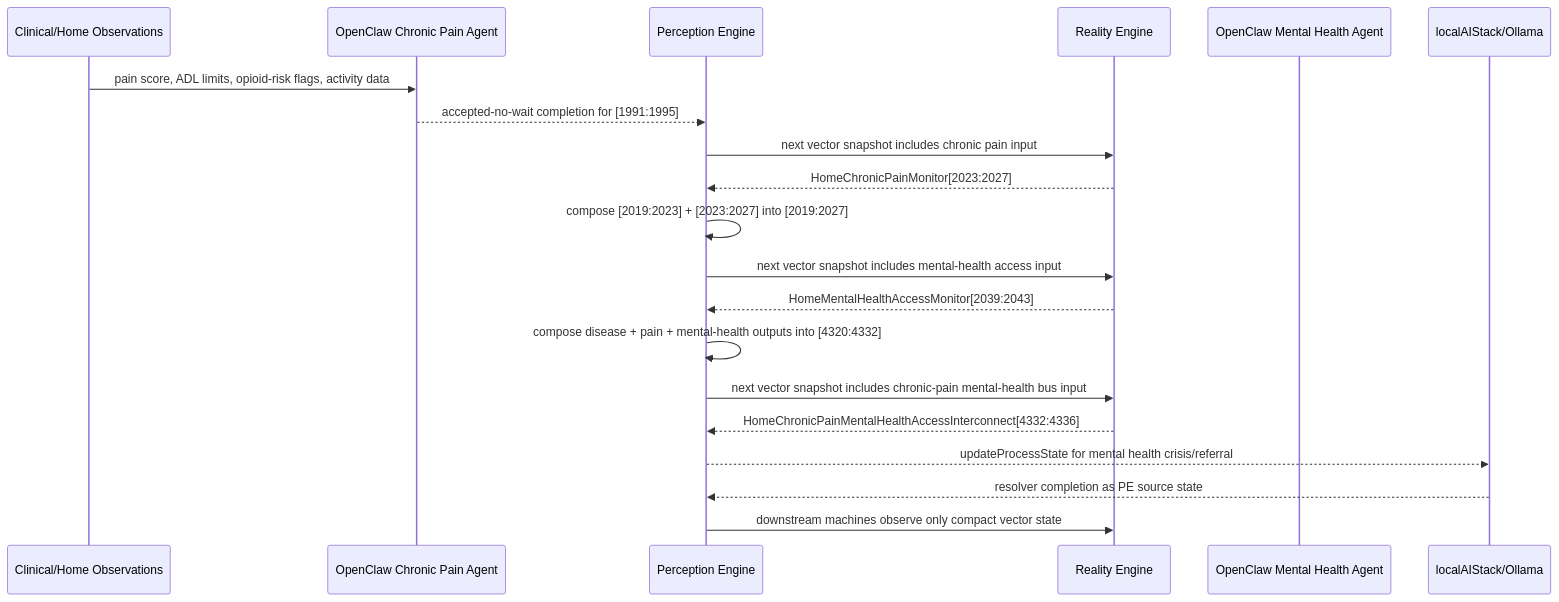
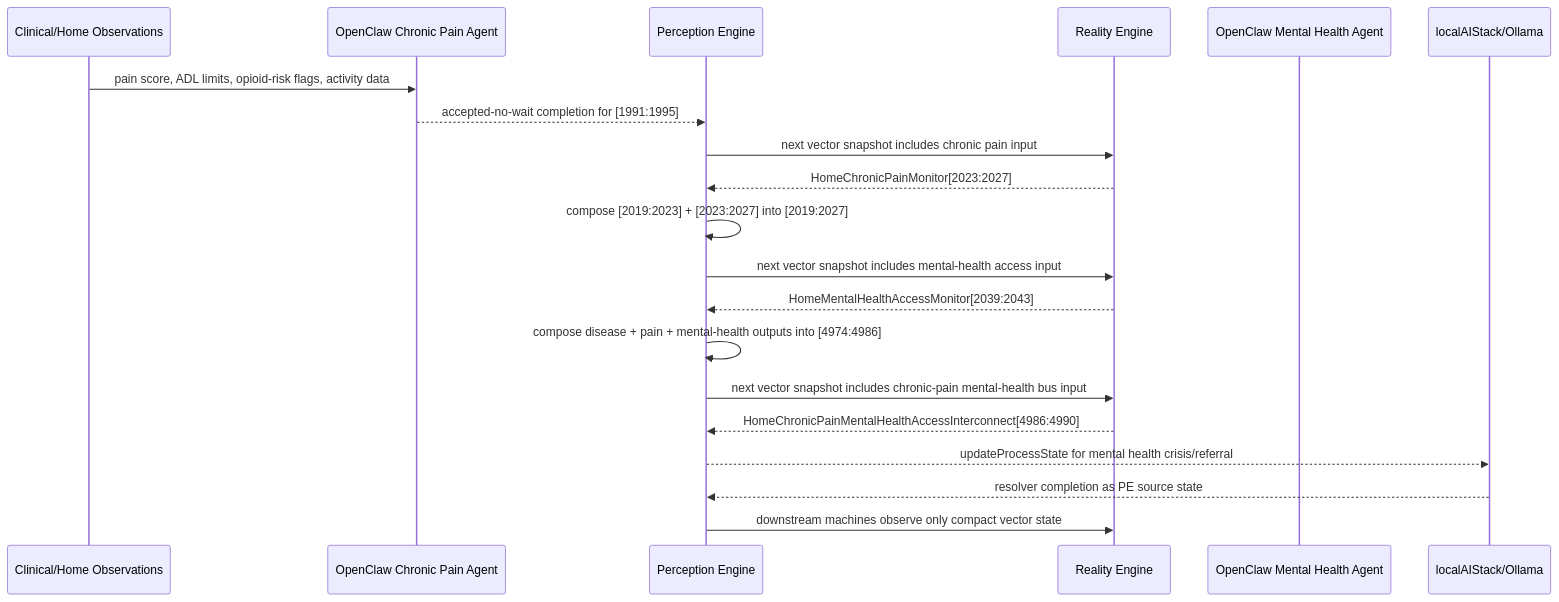
The diagram in docs/HOME_CHRONIC_PAIN_MENTAL_HEALTH_INTERCONNECT_NARRATIVE.md (jateeter/RealityEngine_Machines), drawn with Mermaid before and after one commit. The commit also changed other lines of this file and 20 other files, not shown here.

````diff
--- a/docs/HOME_CHRONIC_PAIN_MENTAL_HEALTH_INTERCONNECT_NARRATIVE.md
+++ b/docs/HOME_CHRONIC_PAIN_MENTAL_HEALTH_INTERCONNECT_NARRATIVE.md
@@ -320,23 +320,23 @@
 ```mermaid
 sequenceDiagram
   participant Source as Clinical/Home Observations
   participant OC1 as OpenClaw Chronic Pain Agent
   participant PE as Perception Engine
   participant RE as Reality Engine
   participant OC2 as OpenClaw Mental Health Agent
   participant LAI as localAIStack/Ollama
 
   Source->>OC1: pain score, ADL limits, opioid-risk flags, activity data
   OC1-->>PE: accepted-no-wait completion for [1991:1995]
   PE->>RE: next vector snapshot includes chronic pain input
   RE-->>PE: HomeChronicPainMonitor[2023:2027]
   PE->>PE: compose [2019:2023] + [2023:2027] into [2019:2027]
   PE->>RE: next vector snapshot includes mental-health access input
   RE-->>PE: HomeMentalHealthAccessMonitor[2039:2043]
-  PE->>PE: compose disease + pain + mental-health outputs into [4320:4332]
+  PE->>PE: compose disease + pain + mental-health outputs into [4974:4986]
   PE->>RE: next vector snapshot includes chronic-pain mental-health bus input
-  RE-->>PE: HomeChronicPainMentalHealthAccessInterconnect[4332:4336]
+  RE-->>PE: HomeChronicPainMentalHealthAccessInterconnect[4986:4990]
   PE-->>LAI: updateProcessState for mental health crisis/referral
   LAI-->>PE: resolver completion as PE source state
   PE->>RE: downstream machines observe only compact vector state
 ```
````
